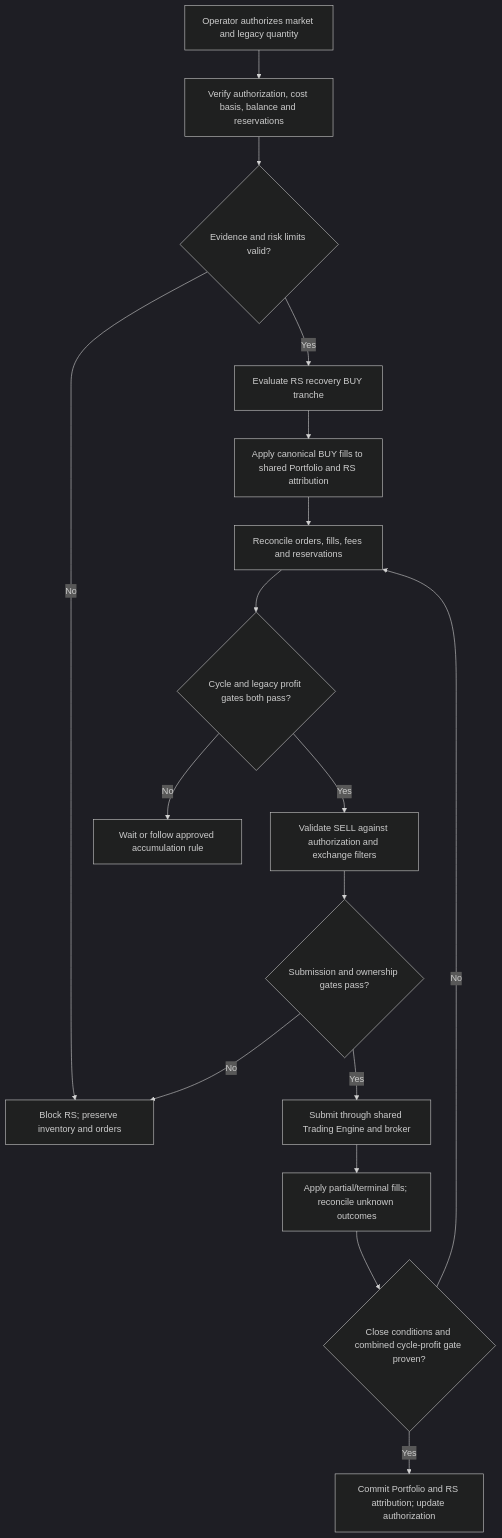
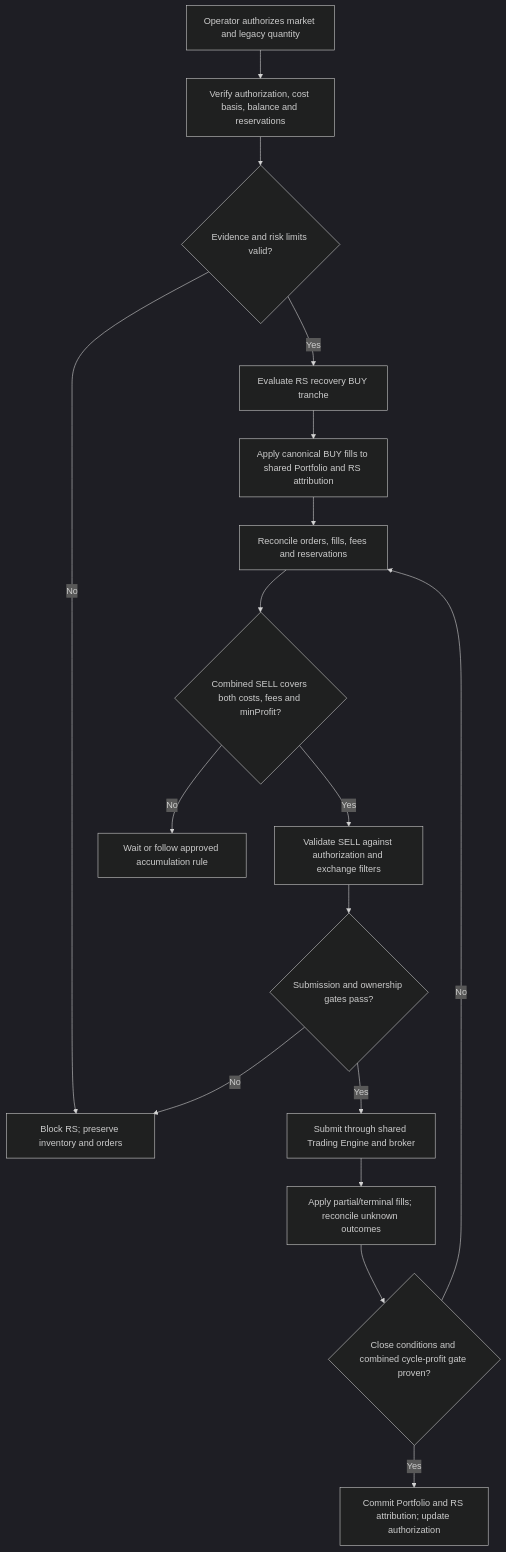
Before and after one commit to 45s/coinzilla: the second of 2 diagrams in apps/harvester/docs/domain/recovery-seller-domain-specification.md, drawn with Mermaid (dark theme).

Commit message:
docs(harvester): fix RS cycle profitability diagram

```diff
--- a/apps/harvester/docs/domain/recovery-seller-domain-specification.md
+++ b/apps/harvester/docs/domain/recovery-seller-domain-specification.md
@@ -352,19 +352,19 @@
 ~~~mermaid
 flowchart TD
   A[Operator authorizes market and legacy quantity] --> B[Verify authorization, cost basis, balance and reservations]
   B --> C{Evidence and risk limits valid?}
   C -- No --> X[Block RS; preserve inventory and orders]
   C -- Yes --> D[Evaluate RS recovery BUY tranche]
   D --> E[Apply canonical BUY fills to shared Portfolio and RS attribution]
   E --> F[Reconcile orders, fills, fees and reservations]
-  F --> G{Cycle and legacy profit gates both pass?}
+  F --> G{Combined SELL covers both costs, fees and minProfit?}
   G -- No --> H[Wait or follow approved accumulation rule]
   G -- Yes --> I[Validate SELL against authorization and exchange filters]
   I --> J{Submission and ownership gates pass?}
   J -- No --> X
   J -- Yes --> K[Submit through shared Trading Engine and broker]
   K --> L[Apply partial/terminal fills; reconcile unknown outcomes]
   L --> M{Close conditions and combined cycle-profit gate proven?}
   M -- No --> F
   M -- Yes --> N[Commit Portfolio and RS attribution; update authorization]
 ~~~
```
